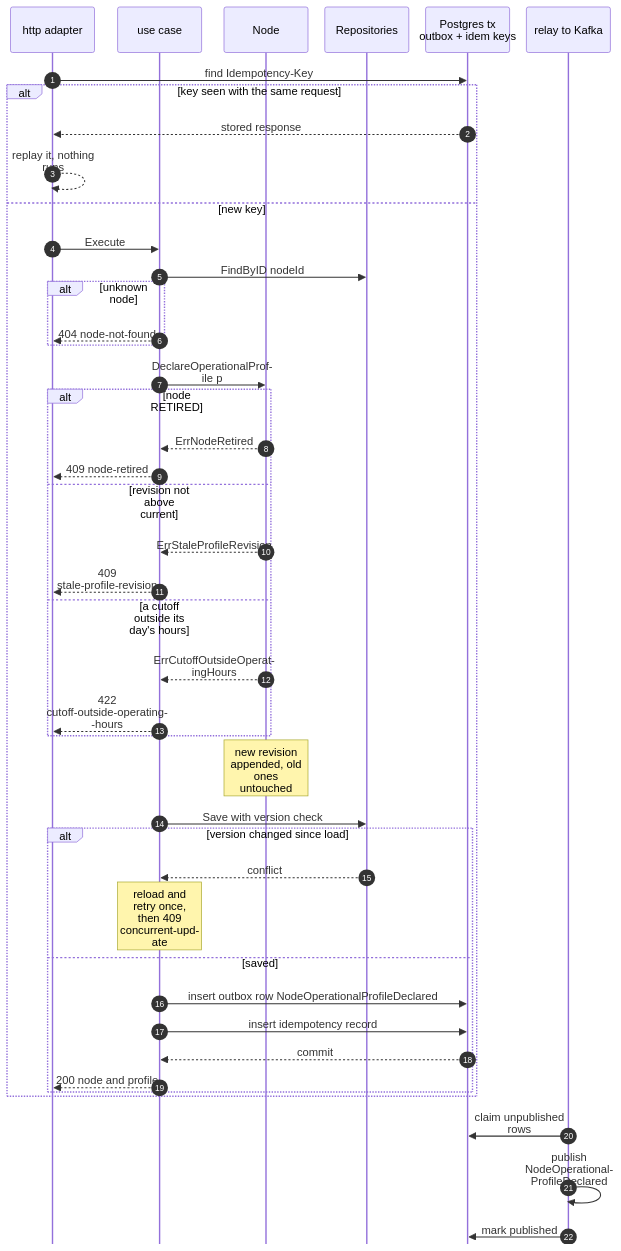
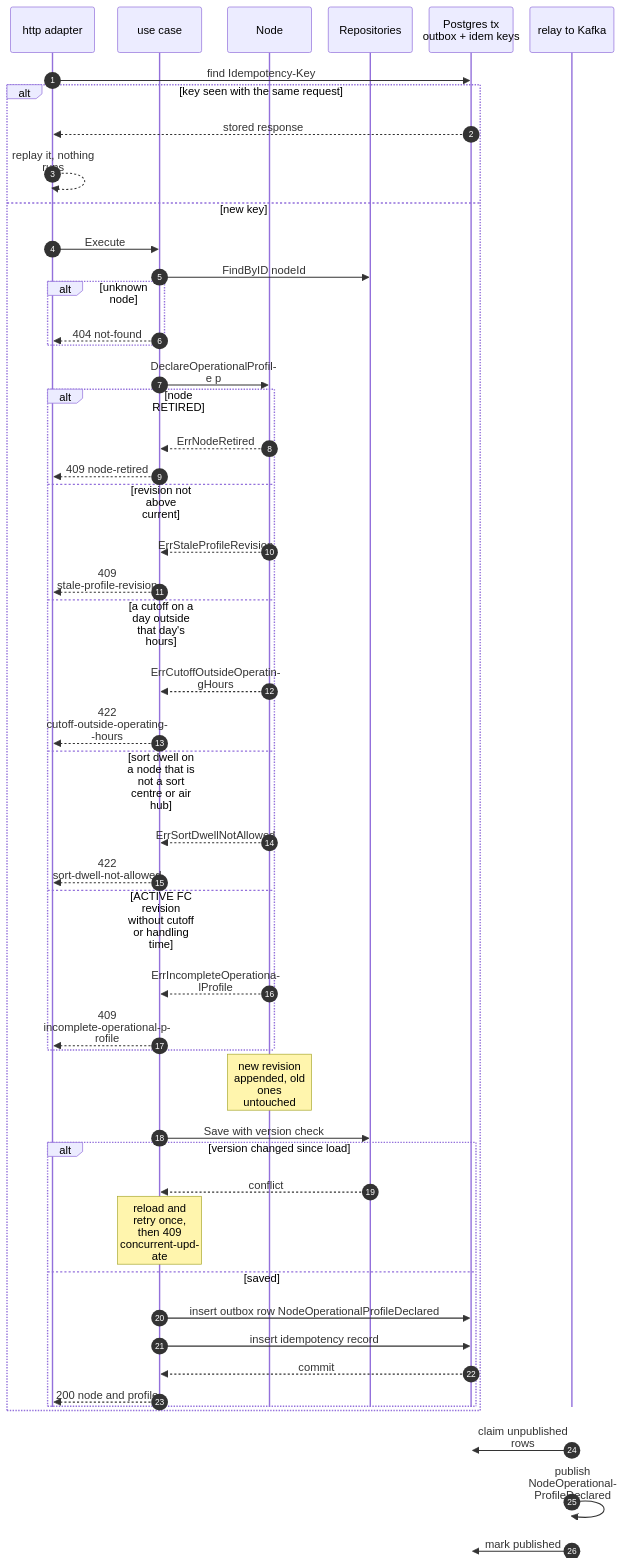
The second of 9 diagrams in network/docs/contexts/node-topology/sequence-diagrams.md (IQVO/warehouse-docs), drawn with Mermaid before and after one commit. The commit also changed other lines of this file and 125 other files, not shown here.

````diff
--- a/network/docs/contexts/node-topology/sequence-diagrams.md
+++ b/network/docs/contexts/node-topology/sequence-diagrams.md
@@ -89,47 +96,53 @@
 ```mermaid
 %%{init: {"sequence": {"wrap": true, "width": 120, "actorMargin": 24, "messageMargin": 28, "boxMargin": 6, "noteMargin": 6, "mirrorActors": false}}}%%
 sequenceDiagram
     autonumber
     participant H as http adapter
     participant UC as use case
     participant A as Node
     participant R as Repositories
     participant TX as Postgres tx<br/>outbox + idem keys
     participant K as relay to Kafka
     H->>TX: find Idempotency-Key
     alt key seen with the same request
         TX-->>H: stored response
         H-->>H: replay it, nothing runs
     else new key
         H->>UC: Execute
         UC->>R: FindByID nodeId
         alt unknown node
-            UC-->>H: 404 node-not-found
+            UC-->>H: 404 not-found
         end
         UC->>A: DeclareOperationalProfile p
         alt node RETIRED
             A-->>UC: ErrNodeRetired
             UC-->>H: 409 node-retired
         else revision not above current
             A-->>UC: ErrStaleProfileRevision
             UC-->>H: 409 stale-profile-revision
-        else a cutoff outside its day's hours
+        else a cutoff on a day outside that day's hours
             A-->>UC: ErrCutoffOutsideOperatingHours
             UC-->>H: 422 cutoff-outside-operating-hours
+        else sort dwell on a node that is not a sort centre or air hub
+            A-->>UC: ErrSortDwellNotAllowed
+            UC-->>H: 422 sort-dwell-not-allowed
+        else ACTIVE FC revision without cutoff or handling time
+            A-->>UC: ErrIncompleteOperationalProfile
+            UC-->>H: 409 incomplete-operational-profile
         end
         Note over A: new revision appended, old ones untouched
         UC->>R: Save with version check
         alt version changed since load
             R-->>UC: conflict
             Note over UC: reload and retry once, then 409 concurrent-update
         else saved
             UC->>TX: insert outbox row NodeOperationalProfileDeclared
             UC->>TX: insert idempotency record
             TX-->>UC: commit
             UC-->>H: 200 node and profile
         end
     end
     K->>TX: claim unpublished rows
     K->>K: publish NodeOperationalProfileDeclared
     K->>TX: mark published
 ```
````
